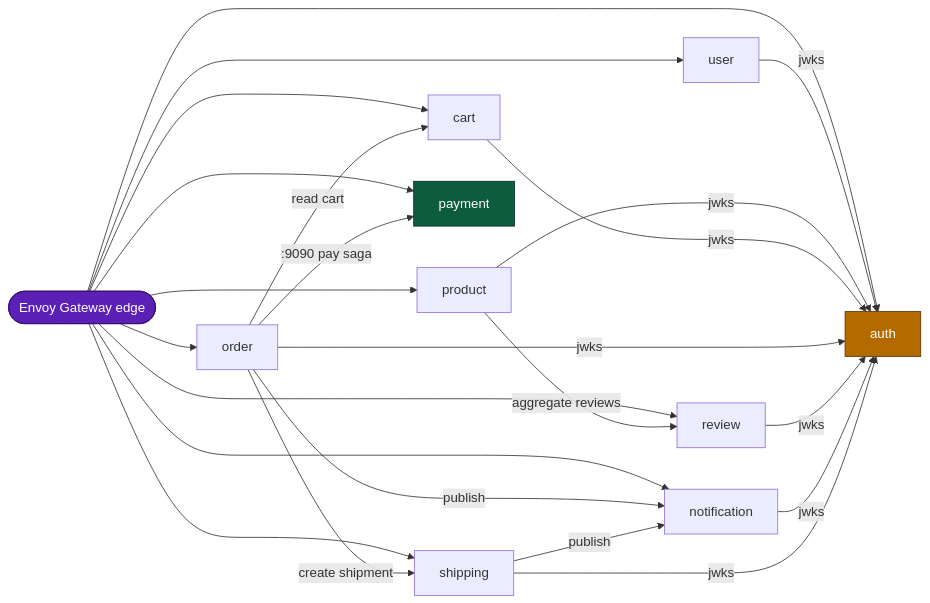
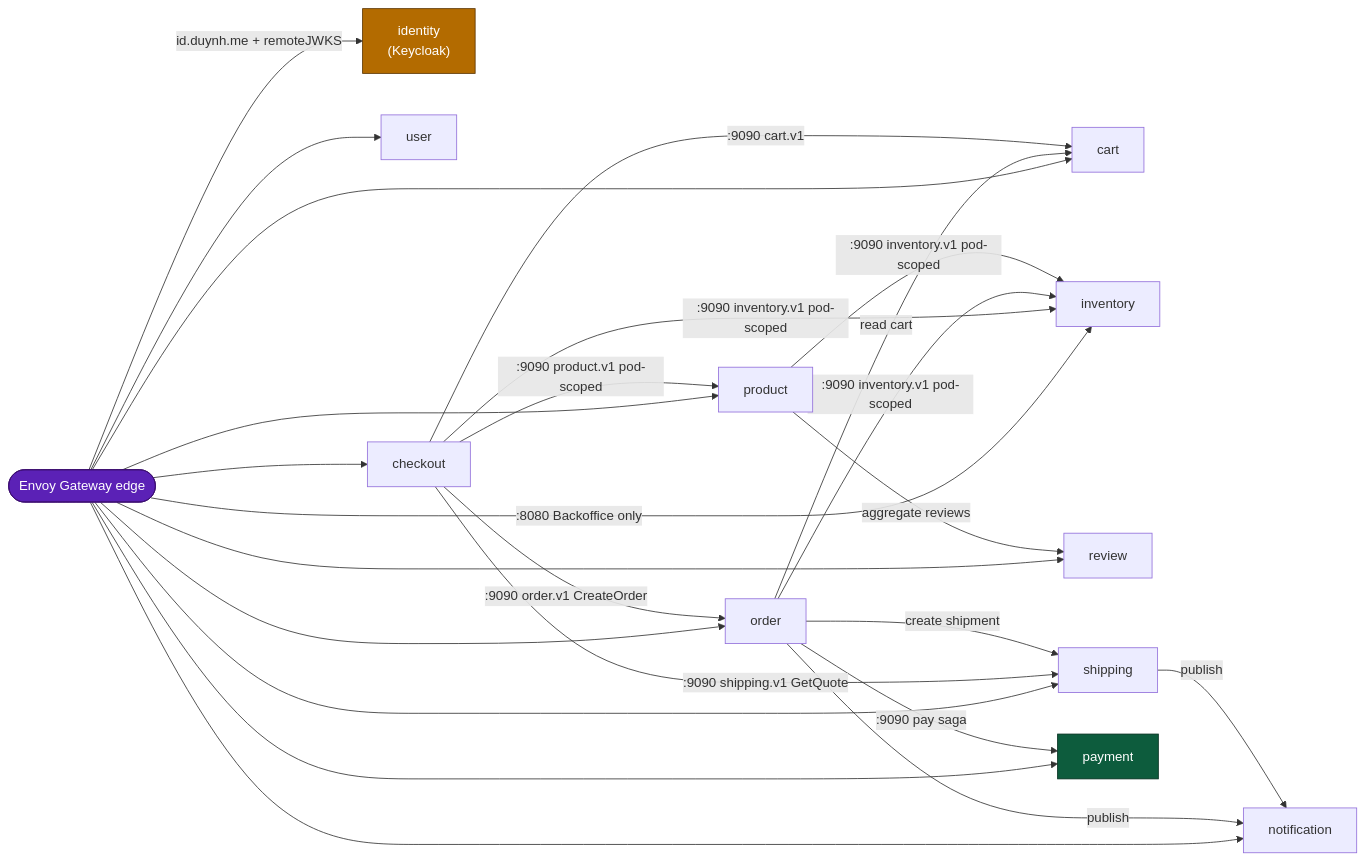
Before and after one commit to duynhlab/homelab: the second of 3 diagrams in docs/security/network-policies.md, drawn with Mermaid. The commit also changed other lines of this file and 17 other files, not shown here.

````diff
--- a/docs/security/network-policies.md
+++ b/docs/security/network-policies.md
@@ -107,31 +131,37 @@
 ```mermaid
 flowchart LR
     EDGE([Envoy Gateway edge]):::gw
-    AUTH[auth]:::hub
+    IDP["identity<br/>(Keycloak)"]:::idp
     USER[user]
     PRODUCT[product]
     CART[cart]
     ORDER[order]
+    CHECKOUT[checkout]
+    INV[inventory]
     REVIEW[review]
     NOTIF[notification]
     SHIP[shipping]
     PAYMENT[payment]:::pay
 
-    %% North-south: gateway may reach every service
-    EDGE --> AUTH & USER & PRODUCT & CART & ORDER & REVIEW & NOTIF & SHIP & PAYMENT
+    %% North-south: the gateway's ingress allows
+    EDGE --> USER & PRODUCT & CART & ORDER & CHECKOUT & REVIEW & NOTIF & SHIP & PAYMENT
+    EDGE -->|"id.duynh.me + remoteJWKS"| IDP
+    EDGE -->|":8080 Backoffice only"| INV
 
-    %% JWKS hub: the original eight services → auth /auth/v1/public/auth/jwks (cached fetch)
-    USER & PRODUCT & CART & ORDER & REVIEW & NOTIF & SHIP -->|"jwks"| AUTH
-
-    %% Business east-west
+    %% East-west business calls
+    ORDER -->|read cart| CART
+    CHECKOUT -->|":9090 cart.v1"| CART
+    CHECKOUT -->|":9090 order.v1 CreateOrder"| ORDER
+    CHECKOUT -->|":9090 product.v1 pod-scoped"| PRODUCT
+    CHECKOUT -->|":9090 shipping.v1 GetQuote"| SHIP
+    CHECKOUT & ORDER & PRODUCT -->|":9090 inventory.v1 pod-scoped"| INV
     PRODUCT -->|aggregate reviews| REVIEW
-    ORDER -->|read cart| CART
-    ORDER -->|create shipment| SHIP
     ORDER -->|publish| NOTIF
     SHIP -->|publish| NOTIF
+    ORDER -->|create shipment| SHIP
     ORDER -->|":9090 pay saga"| PAYMENT
 
     classDef gw fill:#5b21b6,color:#fff,stroke:#3b0d6e
-    classDef hub fill:#b36b00,color:#fff,stroke:#5c3600
+    classDef idp fill:#b36b00,color:#fff,stroke:#5c3600
     classDef pay fill:#0d5c3d,color:#fff,stroke:#063020
 ```
````
